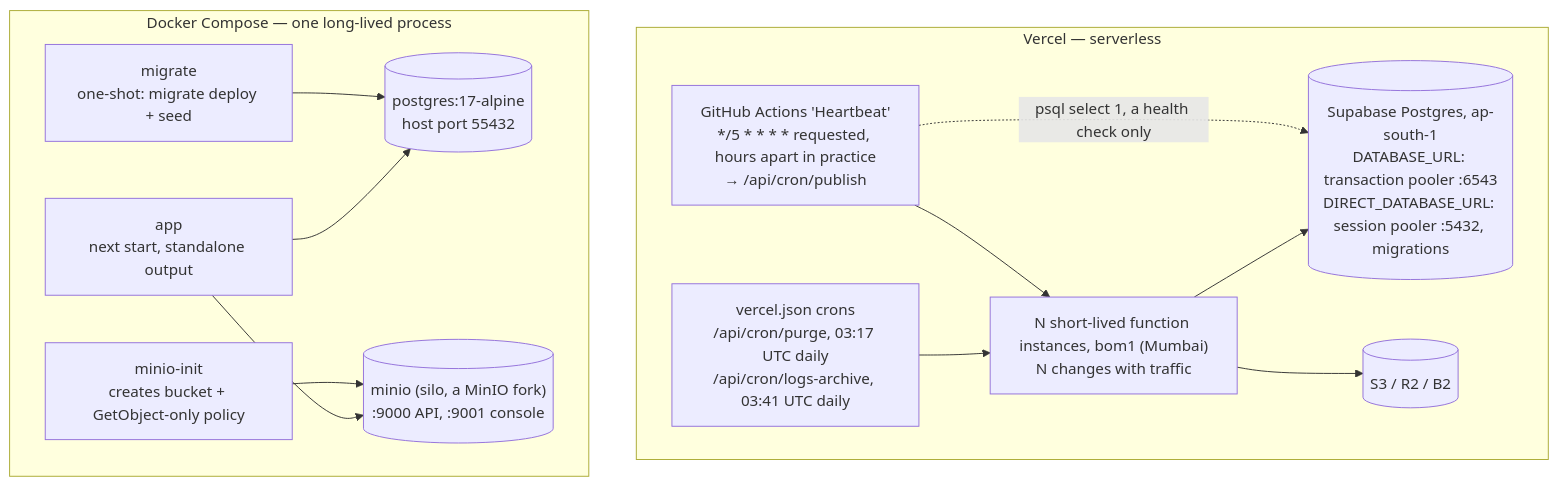
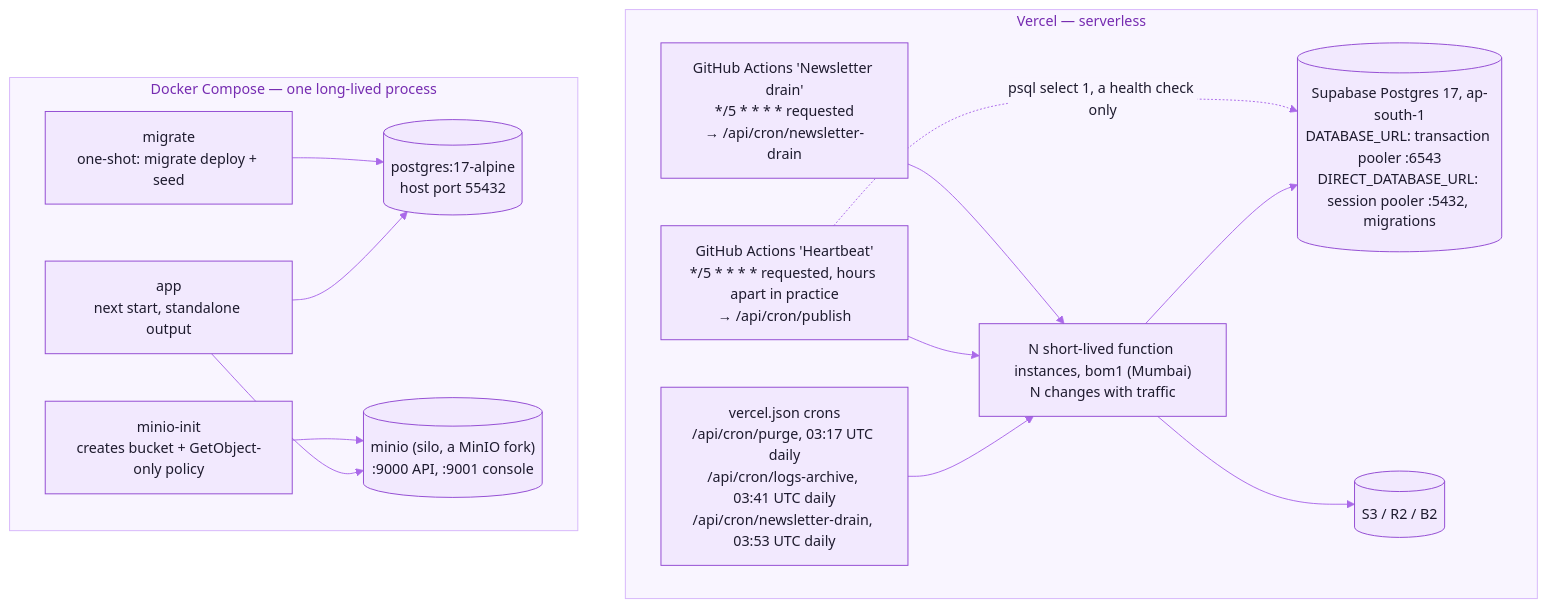
The second of 16 diagrams in docs/ARCHITECTURE.md (cxacraftecosystem-ui/cxa-cms), drawn with Mermaid before and after one commit. The commit also changed other lines of this file and 8 other files, not shown here.

Commit message:
README showcase on the kit, and every doc brought to the live state: four cron routes, SES, upload tickets, permanent account delete, CI coverage, closed newsletter items, themed diagrams

````diff
--- a/docs/ARCHITECTURE.md
+++ b/docs/ARCHITECTURE.md
@@ -72,27 +78,30 @@
 ```mermaid
+%%{init: {"theme":"base","themeVariables":{"fontFamily":"Inter, ui-sans-serif, system-ui, -apple-system, Segoe UI, Roboto, Helvetica, Arial, sans-serif","fontSize":"15px","primaryColor":"#F2E9FE","primaryTextColor":"#1E1B2E","primaryBorderColor":"#9148D2","secondaryColor":"#FAEECD","secondaryTextColor":"#1E1B2E","secondaryBorderColor":"#CD9200","tertiaryColor":"#F3F1FA","tertiaryTextColor":"#1E1B2E","tertiaryBorderColor":"#A7A3BC","mainBkg":"#F2E9FE","nodeBorder":"#9148D2","nodeTextColor":"#1E1B2E","lineColor":"#AA69E9","textColor":"#857F9E","edgeLabelBackground":"#F9F5FF","clusterBkg":"#F9F5FF","clusterBorder":"#D6B6FB","titleColor":"#762CB1","noteBkgColor":"#FAEECD","noteTextColor":"#1E1B2E","noteBorderColor":"#CD9200","actorBkg":"#F2E9FE","actorBorder":"#9148D2","actorTextColor":"#1E1B2E","actorLineColor":"#AA69E9","signalColor":"#AA69E9","signalTextColor":"#857F9E","labelBoxBkgColor":"#F2E9FE","labelBoxBorderColor":"#9148D2","labelTextColor":"#1E1B2E","loopTextColor":"#857F9E","activationBkgColor":"#E7D5FE","activationBorderColor":"#9148D2","sequenceNumberColor":"#FFFFFF","transitionColor":"#AA69E9","transitionLabelColor":"#857F9E","stateLabelColor":"#1E1B2E","stateBkg":"#F2E9FE","compositeBackground":"#F9F5FF","compositeTitleBackground":"#F2E9FE","attributeBackgroundColorOdd":"#FFFFFF","attributeBackgroundColorEven":"#F9F5FF","relationColor":"#AA69E9","relationLabelBackground":"#F9F5FF","relationLabelColor":"#1E1B2E"}}}%%
 flowchart TB
     subgraph vercel["Vercel — serverless"]
         vfn["N short-lived function instances, bom1 (Mumbai)<br/>N changes with traffic"]
-        vcron["vercel.json crons<br/>/api/cron/purge, 03:17 UTC daily<br/>/api/cron/logs-archive, 03:41 UTC daily"]
+        vcron["vercel.json crons<br/>/api/cron/purge, 03:17 UTC daily<br/>/api/cron/logs-archive, 03:41 UTC daily<br/>/api/cron/newsletter-drain, 03:53 UTC daily"]
         gha["GitHub Actions 'Heartbeat'<br/>*/5 * * * * requested, hours apart in practice<br/>→ /api/cron/publish"]
-        vdb[("Supabase Postgres, ap-south-1<br/>DATABASE_URL: transaction pooler :6543<br/>DIRECT_DATABASE_URL: session pooler :5432, migrations")]
+        ghn["GitHub Actions 'Newsletter drain'<br/>*/5 * * * * requested<br/>→ /api/cron/newsletter-drain"]
+        vdb[("Supabase Postgres 17, ap-south-1<br/>DATABASE_URL: transaction pooler :6543<br/>DIRECT_DATABASE_URL: session pooler :5432, migrations")]
         vs3[("S3 / R2 / B2")]
         vfn --> vdb
         vfn --> vs3
         vcron --> vfn
         gha --> vfn
+        ghn --> vfn
         gha -.->|"psql select 1, a health check only"| vdb
     end
 
     subgraph docker["Docker Compose — one long-lived process"]
         dapp["app<br/>next start, standalone output"]
         dmig["migrate<br/>one-shot: migrate deploy + seed"]
         dpg[("postgres:17-alpine<br/>host port 55432")]
         dminio[("minio (silo, a MinIO fork)<br/>:9000 API, :9001 console")]
         dinit["minio-init<br/>creates bucket + GetObject-only policy"]
         dmig --> dpg
         dinit --> dminio
         dapp --> dpg
         dapp --> dminio
     end
 ```
````
